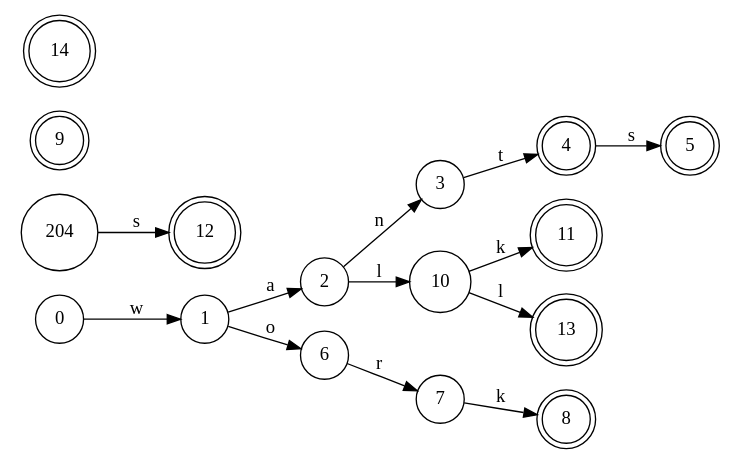
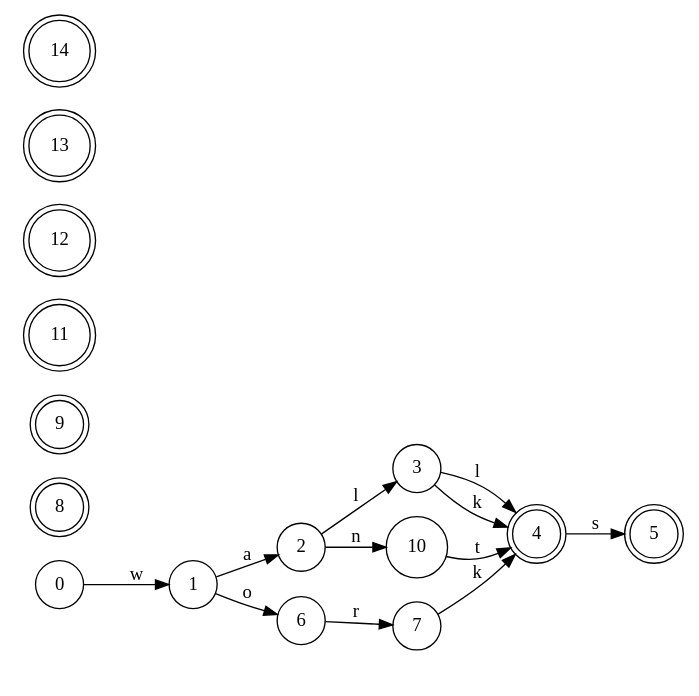
One commit to JINHXu/FSA changed the diagram in minimized.dot. Above: the diagram before and after it, drawn with Graphviz. The commit also changed 2 other files, not shown here.

```diff
--- a/minimized.dot
+++ b/minimized.dot
@@ -1,25 +1,24 @@
 digraph {
   rankdir = LR;
   start[style=invis];
   node[shape=circle];
   0 -> 1 [label="w"];
   1 -> 2 [label="a"];
-  2 -> 3 [label="n"];
-  3 -> 4 [label="t"];
+  2 -> 3 [label="l"];
+  3 -> 4 [label="l"];
   4 -> 5 [label="s"];
   1 -> 6 [label="o"];
   6 -> 7 [label="r"];
-  7 -> 8 [label="k"];
-  2 -> 10 [label="l"];
-  10 -> 11 [label="k"];
-  10 -> 13 [label="l"];
-  204 -> 12 [label="s"];
+  7 -> 4 [label="k"];
+  3 -> 4 [label="k"];
+  2 -> 10 [label="n"];
+  10 -> 4 [label="t"];
   4 [shape=doublecircle];
   5 [shape=doublecircle];
   8 [shape=doublecircle];
   9 [shape=doublecircle];
   11 [shape=doublecircle];
   12 [shape=doublecircle];
   13 [shape=doublecircle];
   14 [shape=doublecircle];
 }
```
